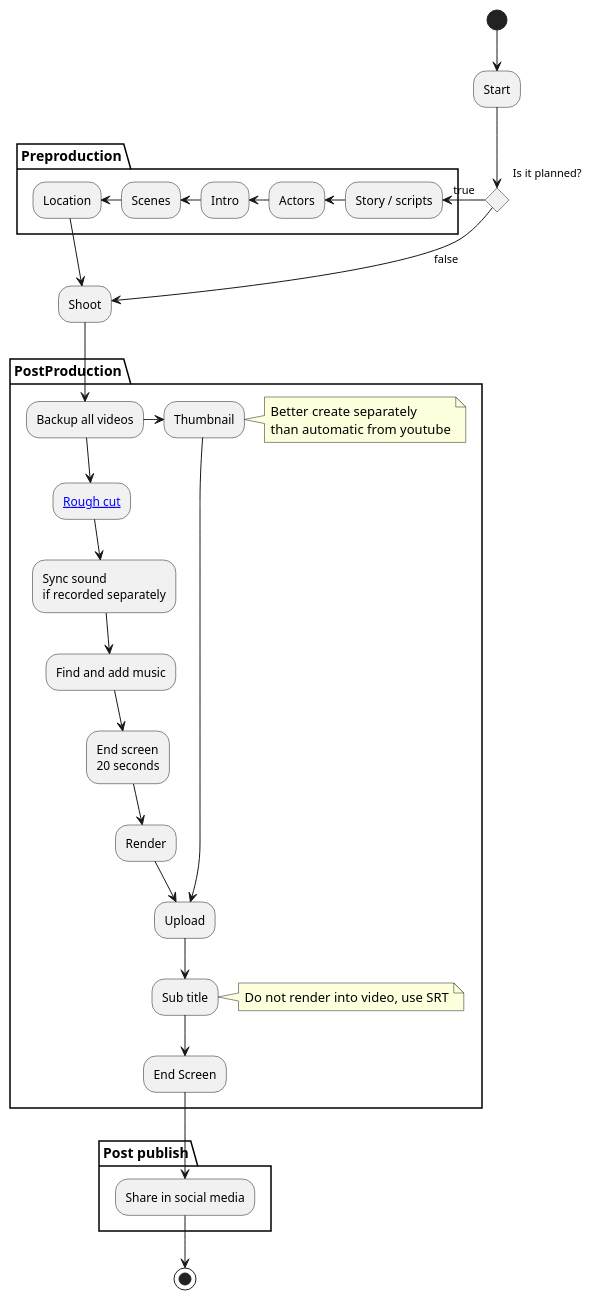
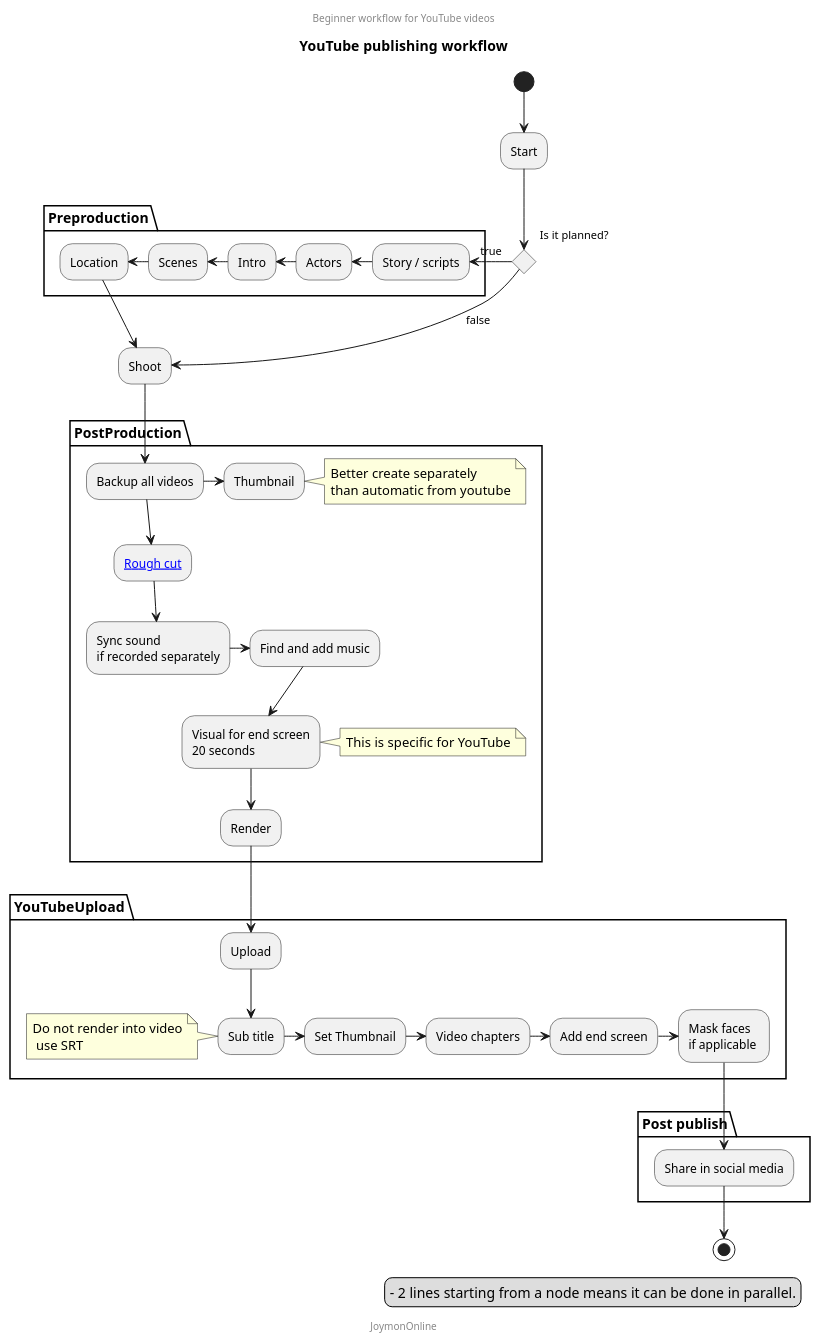
One commit to mind-maps/technology changed the diagram in media/video/beginer-youtube-workflow.puml. Above: the diagram before and after it, drawn with PlantUML. The commit also changed 1 other file, not shown here.

Commit message:
Added face mask and chapters

```diff
--- a/media/video/beginer-youtube-workflow.puml
+++ b/media/video/beginer-youtube-workflow.puml
@@ -1,35 +1,51 @@
 @startuml
+Title YouTube publishing workflow
+center header
+Beginner workflow for YouTube videos
+endheader
 (*) -->"Start"
 if "Is it planned?" then
 partition "Preproduction" {
     --left> [true] "Story / scripts"
     --left> "Actors"
     --left> "Intro"
     --left> "Scenes"
     -left-> "Location"
 }
 --> "Shoot"
 else
 -->[false] "Shoot"
 endif
 partition PostProduction {
     --> "Backup all videos" as B
     --> "[[https://en.wikipedia.org/wiki/Rough_cut Rough cut]]" as RC
     --> "Sync sound\nif recorded separately"
-    --> "Find and add music"
-    --> "End screen\n20 seconds"
+    --right> "Find and add music"
+    --> "Visual for end screen\n20 seconds"
+    note right:This is specific for YouTube
     --> "Render" as R
-    R --> "Upload" as U
-    
     B -right-> "Thumbnail"
     note right: Better create separately \nthan automatic from youtube
-    --> U
-    --> "Sub title"
-    note right:Do not render into video, use SRT
-    --> "End Screen"
+}
+partition YouTubeUpload {
+
+    R --> "Upload" as U
+    U --> "Sub title" as ST
+    note left:Do not render into video\n use SRT
+    ST--right> "Set Thumbnail" as STN
+    STN --right> "Video chapters" as VC
+    VC --right> "Add end screen" as ES
+    ES --right> "Mask faces \nif applicable " as MF
 }
 partition "Post publish"{
-    --> "Share in social media"
+    --> "Share in social media" as SM
+
 }
 -->(*)
+center footer JoymonOnline
+
+legend right
+  - 2 lines starting from a node means it can be done in parallel.
+endlegend
+
 @enduml
```
